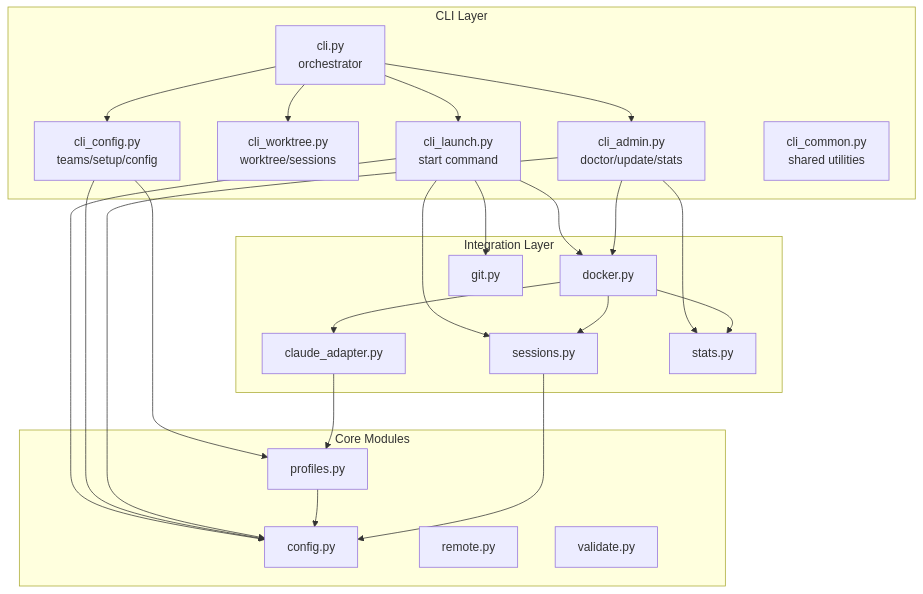
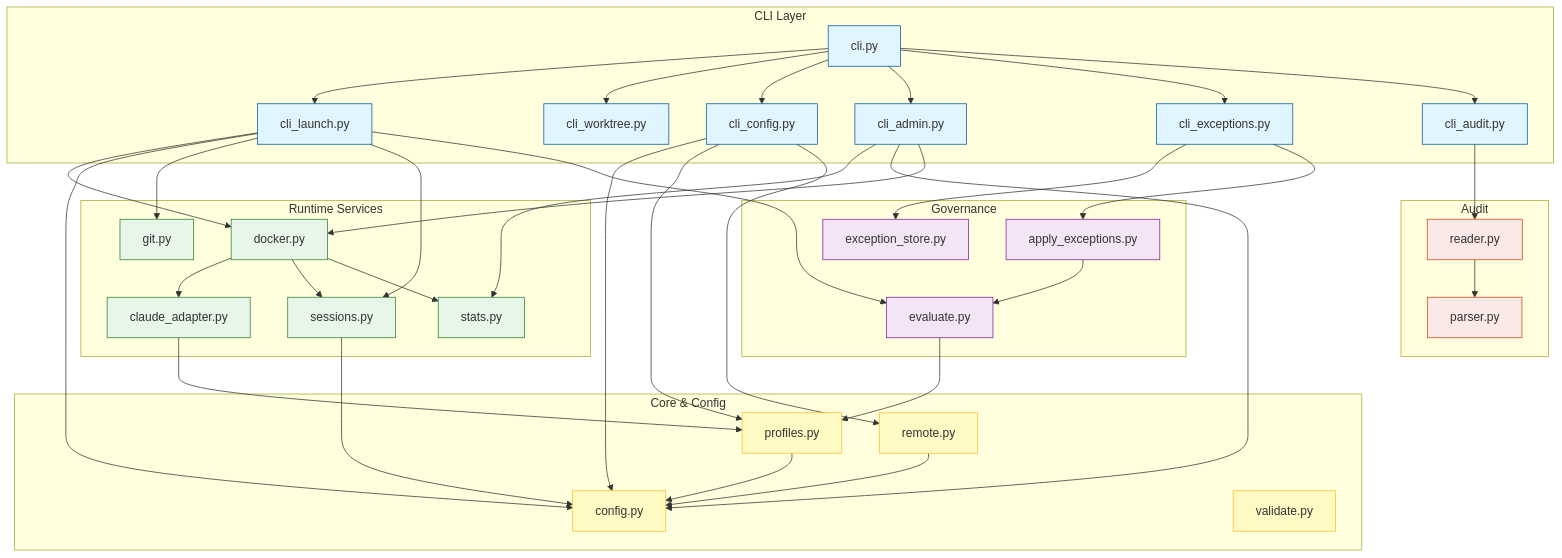
Before and after one commit to CCimen/scc: the fourth of 6 diagrams in docs/ARCHITECTURE.md, drawn with Mermaid. The commit also changed other lines of this file and 2 other files, not shown here.

First line of the commit message:
docs: update documentation for governance exceptions and plugin audit

````diff
--- a/docs/ARCHITECTURE.md
+++ b/docs/ARCHITECTURE.md
@@ -202,41 +202,70 @@
 ```mermaid
 graph TD
+    %% Styling for visual distinction
+    classDef cli fill:#e1f5fe,stroke:#01579b
+    classDef core fill:#fff9c4,stroke:#fbc02d
+    classDef gov fill:#f3e5f5,stroke:#7b1fa2
+    classDef audit fill:#fbe9e7,stroke:#d84315
+    classDef runtime fill:#e8f5e9,stroke:#2e7d32
+
     subgraph CLI[CLI Layer]
-        Main[cli.py<br/>orchestrator]
-        Launch[cli_launch.py<br/>start command]
-        Worktree[cli_worktree.py<br/>worktree/sessions]
-        CfgCLI[cli_config.py<br/>teams/setup/config]
-        Admin[cli_admin.py<br/>doctor/update/stats]
-        Common[cli_common.py<br/>shared utilities]
+        Main[cli.py]:::cli
+        Launch[cli_launch.py]:::cli
+        Worktree[cli_worktree.py]:::cli
+        CfgCLI[cli_config.py]:::cli
+        Admin[cli_admin.py]:::cli
+        ExcCLI[cli_exceptions.py]:::cli
+        AuditCLI[cli_audit.py]:::cli
     end
 
-    subgraph Core[Core Modules]
-        Config[config.py]
-        Remote[remote.py]
-        Profiles[profiles.py]
-        Validate[validate.py]
+    subgraph Core[Core & Config]
+        Config[config.py]:::core
+        Remote[remote.py]:::core
+        Profiles[profiles.py]:::core
+        Validate[validate.py]:::core
     end
 
-    subgraph Integration[Integration Layer]
-        Docker[docker.py]
-        Adapter[claude_adapter.py]
-        Git[git.py]
-        Sessions[sessions.py]
-        Stats[stats.py]
+    subgraph Governance[Governance]
+        Evaluate[evaluate.py]:::gov
+        ApplyExc[apply_exceptions.py]:::gov
+        ExcStore[exception_store.py]:::gov
+    end
+
+    subgraph AuditPkg[Audit]
+        AuditReader[reader.py]:::audit
+        AuditParser[parser.py]:::audit
+    end
+
+    subgraph Runtime[Runtime Services]
+        Docker[docker.py]:::runtime
+        Adapter[claude_adapter.py]:::runtime
+        Git[git.py]:::runtime
+        Sessions[sessions.py]:::runtime
+        Stats[stats.py]:::runtime
     end
 
     Main --> Launch
     Main --> Worktree
     Main --> CfgCLI
     Main --> Admin
+    Main --> ExcCLI
+    Main --> AuditCLI
 
     Launch --> Docker
     Launch --> Config
     Launch --> Git
     Launch --> Sessions
+    Launch --> Evaluate
+
+    ExcCLI --> ExcStore
+    ExcCLI --> ApplyExc
+
+    AuditCLI --> AuditReader
+    AuditReader --> AuditParser
 
     CfgCLI --> Config
     CfgCLI --> Profiles
+    CfgCLI --> Remote
 
     Admin --> Stats
     Admin --> Config
@@ -248,5 +277,8 @@
 
     Adapter --> Profiles
     Profiles --> Config
+    Remote --> Config
+    Evaluate --> Profiles
+    ApplyExc --> Evaluate
     Sessions --> Config
 ```
````
